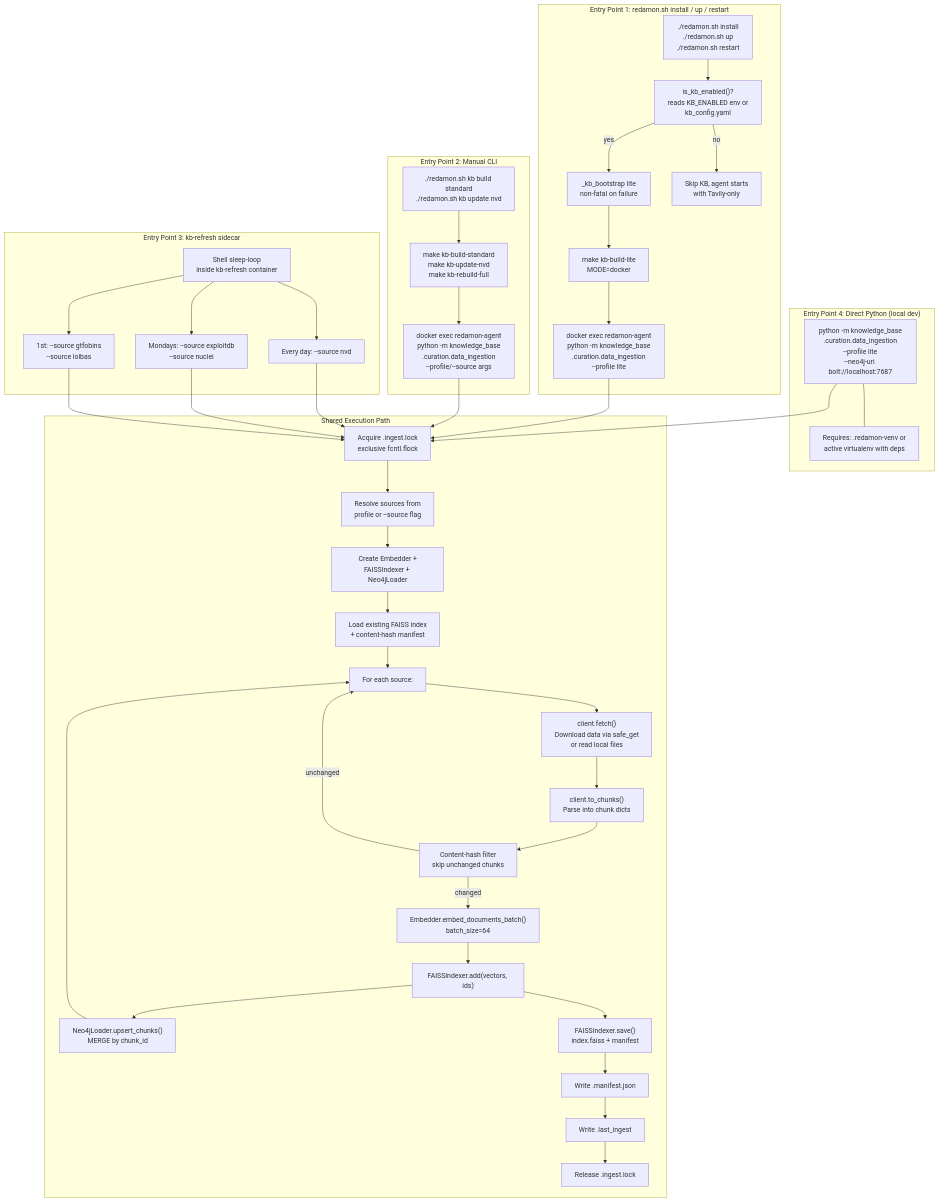
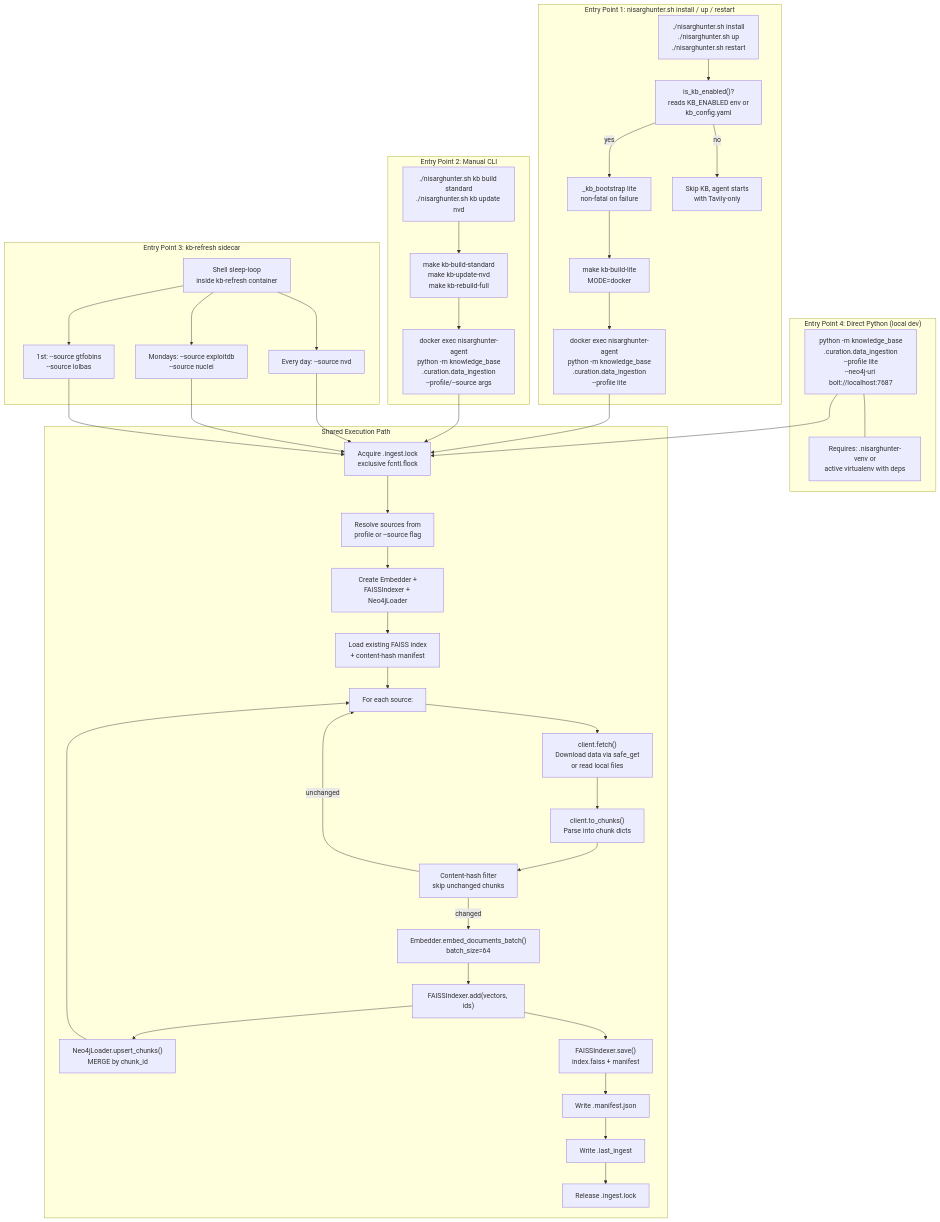
Before and after one commit to NisargDedakiya/DNM-hunter: the tenth of 11 diagrams in readmes/README.KBASE.md, drawn with Mermaid. The commit also changed other lines of this file and 389 other files, not shown here.

First line of the commit message:
Rebrand RedAmon to NisargHunter AI (Phase 00 of v2.0 roadmap)

````diff
--- a/readmes/README.KBASE.md
+++ b/readmes/README.KBASE.md
@@ -807,11 +807,11 @@
 ```mermaid
 flowchart TD
-    subgraph "Entry Point 1: redamon.sh install / up / restart"
-        CMD1["./redamon.sh install<br/>./redamon.sh up<br/>./redamon.sh restart"]
+    subgraph "Entry Point 1: nisarghunter.sh install / up / restart"
+        CMD1["./nisarghunter.sh install<br/>./nisarghunter.sh up<br/>./nisarghunter.sh restart"]
         CHK1["is_kb_enabled()?<br/>reads KB_ENABLED env or<br/>kb_config.yaml"]
         BOOT["_kb_bootstrap lite<br/>non-fatal on failure"]
         MAKE1["make kb-build-lite<br/>MODE=docker"]
-        EXEC1["docker exec redamon-agent<br/>python -m knowledge_base<br/>.curation.data_ingestion<br/>--profile lite"]
+        EXEC1["docker exec nisarghunter-agent<br/>python -m knowledge_base<br/>.curation.data_ingestion<br/>--profile lite"]
 
         CMD1 --> CHK1
         CHK1 -->|yes| BOOT
@@ -822,9 +822,9 @@
 
     subgraph "Entry Point 2: Manual CLI"
         CMD2A["make kb-build-standard<br/>make kb-update-nvd<br/>make kb-rebuild-full"]
-        CMD2B["./redamon.sh kb build standard<br/>./redamon.sh kb update nvd"]
+        CMD2B["./nisarghunter.sh kb build standard<br/>./nisarghunter.sh kb update nvd"]
 
-        CMD2A --> EXEC2["docker exec redamon-agent<br/>python -m knowledge_base<br/>.curation.data_ingestion<br/>--profile/--source args"]
+        CMD2A --> EXEC2["docker exec nisarghunter-agent<br/>python -m knowledge_base<br/>.curation.data_ingestion<br/>--profile/--source args"]
         CMD2B --> CMD2A
     end
 
@@ -841,7 +841,7 @@
 
     subgraph "Entry Point 4: Direct Python (local dev)"
         PY["python -m knowledge_base<br/>.curation.data_ingestion<br/>--profile lite<br/>--neo4j-uri bolt://localhost:7687"]
-        VENV["Requires: .redamon-venv or<br/>active virtualenv with deps"]
+        VENV["Requires: .nisarghunter-venv or<br/>active virtualenv with deps"]
         PY --- VENV
     end
 
````
